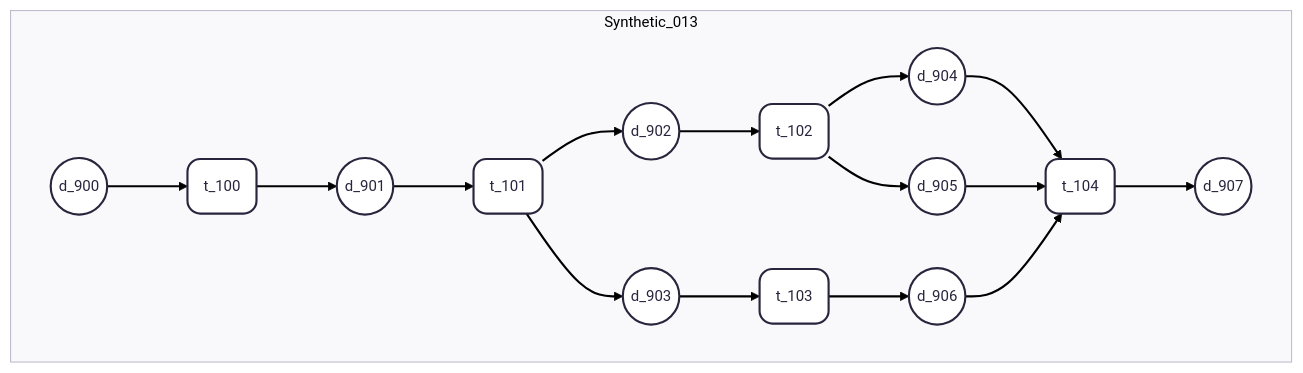
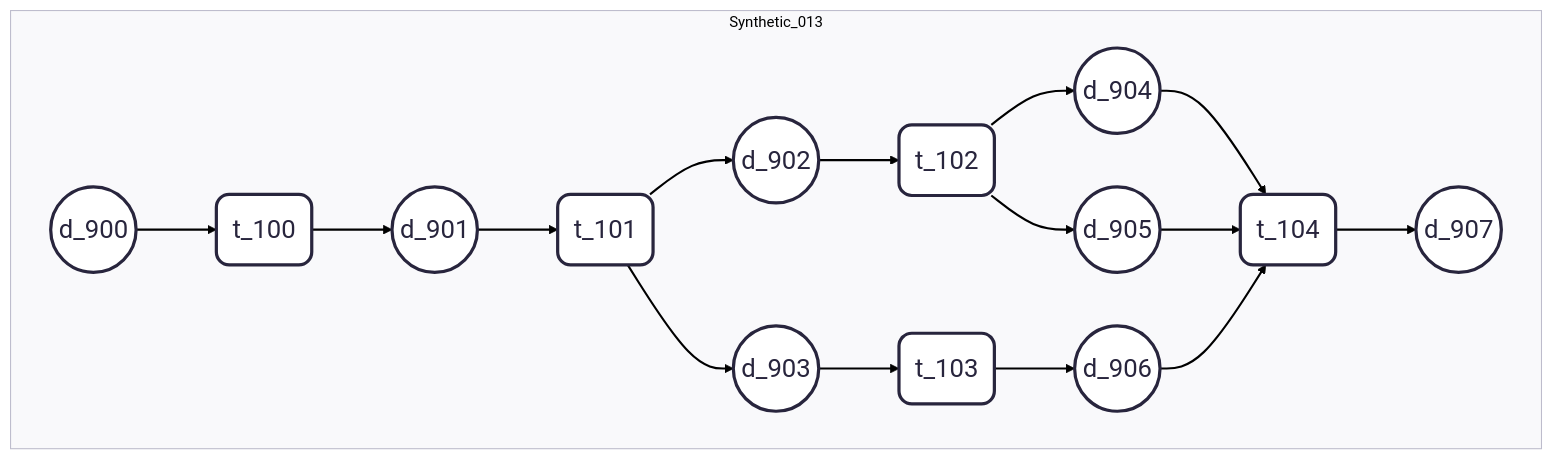
Before and after one commit to marcellowmr/instance-gen: the diagram in data/mermaid/Synthetic_013.mermaid, drawn with Mermaid. The commit also changed 18 other files, not shown here.

Commit message:
Arquivos mermaid

```diff
--- a/data/mermaid/Synthetic_013.mermaid
+++ b/data/mermaid/Synthetic_013.mermaid
@@ -1,36 +1,38 @@
 ---
 config:
   layout: dagre
   theme: redux
   look: classic
 ---
 %% PATTERN: Map, Split, Merge
 flowchart LR
- subgraph Synthetic_13["Synthetic_013"]
-    direction LR
-        S13_d0(("d_900"))
-        S13_d1(("d_901"))
-        S13_d2(("d_902"))
-        S13_d3(("d_903"))
-        S13_d4(("d_904"))
-        S13_d5(("d_905"))
-        S13_d6(("d_906"))
-        S13_d7(("d_907"))
-        S13_t0("t_100")
-        S13_t1("t_101")
-        S13_t2("t_102")
-        S13_t3("t_103")
-        S13_t4("t_104")
-  end
+    classDef default font-size:24px, stroke-width:3px;
+    linkStyle default stroke-width:2px;
+    subgraph Synthetic_13["Synthetic_013"]
+        direction LR
+            S13_d0(("d_900"))
+            S13_d1(("d_901"))
+            S13_d2(("d_902"))
+            S13_d3(("d_903"))
+            S13_d4(("d_904"))
+            S13_d5(("d_905"))
+            S13_d6(("d_906"))
+            S13_d7(("d_907"))
+            S13_t0("t_100")
+            S13_t1("t_101")
+            S13_t2("t_102")
+            S13_t3("t_103")
+            S13_t4("t_104")
+    end
     S13_d0 --> S13_t0
     S13_d1 --> S13_t1
     S13_d2 --> S13_t2
     S13_d3 --> S13_t3
     S13_d4 --> S13_t4
     S13_d5 --> S13_t4
     S13_d6 --> S13_t4
     S13_t0 --> S13_d1
     S13_t1 --> S13_d2 & S13_d3
     S13_t2 --> S13_d4 & S13_d5
     S13_t3 --> S13_d6
     S13_t4 --> S13_d7
```
